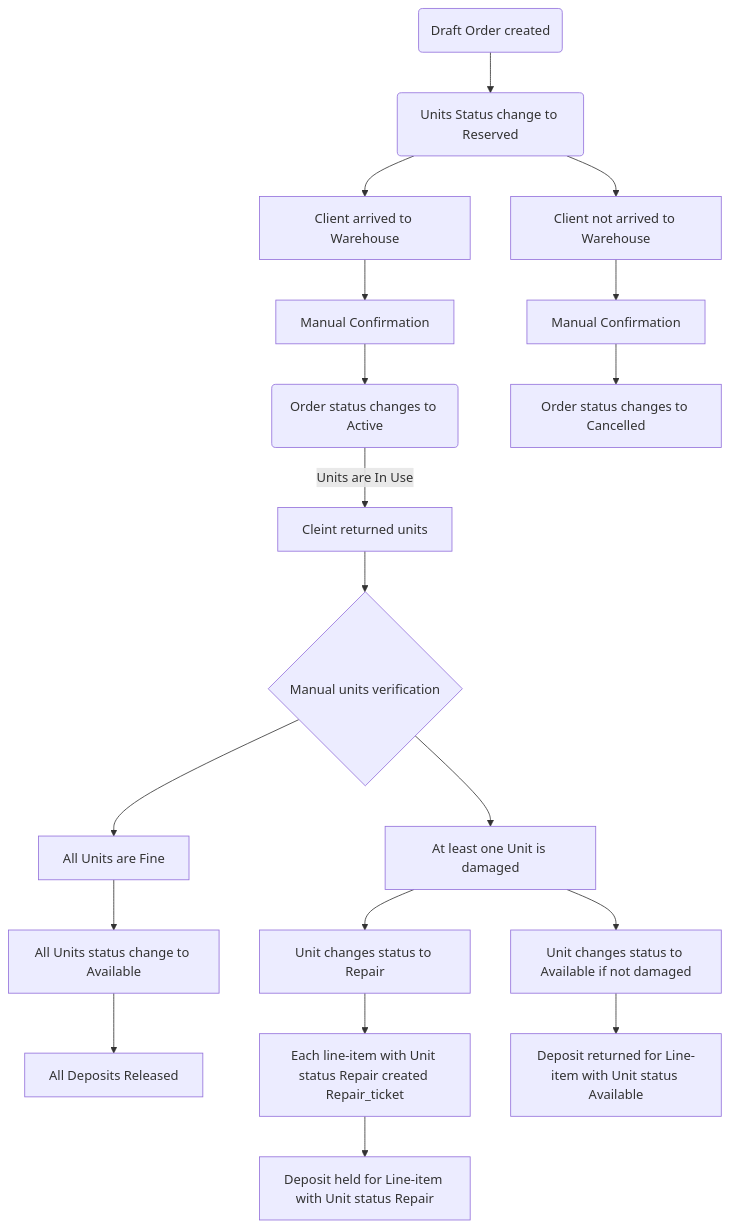
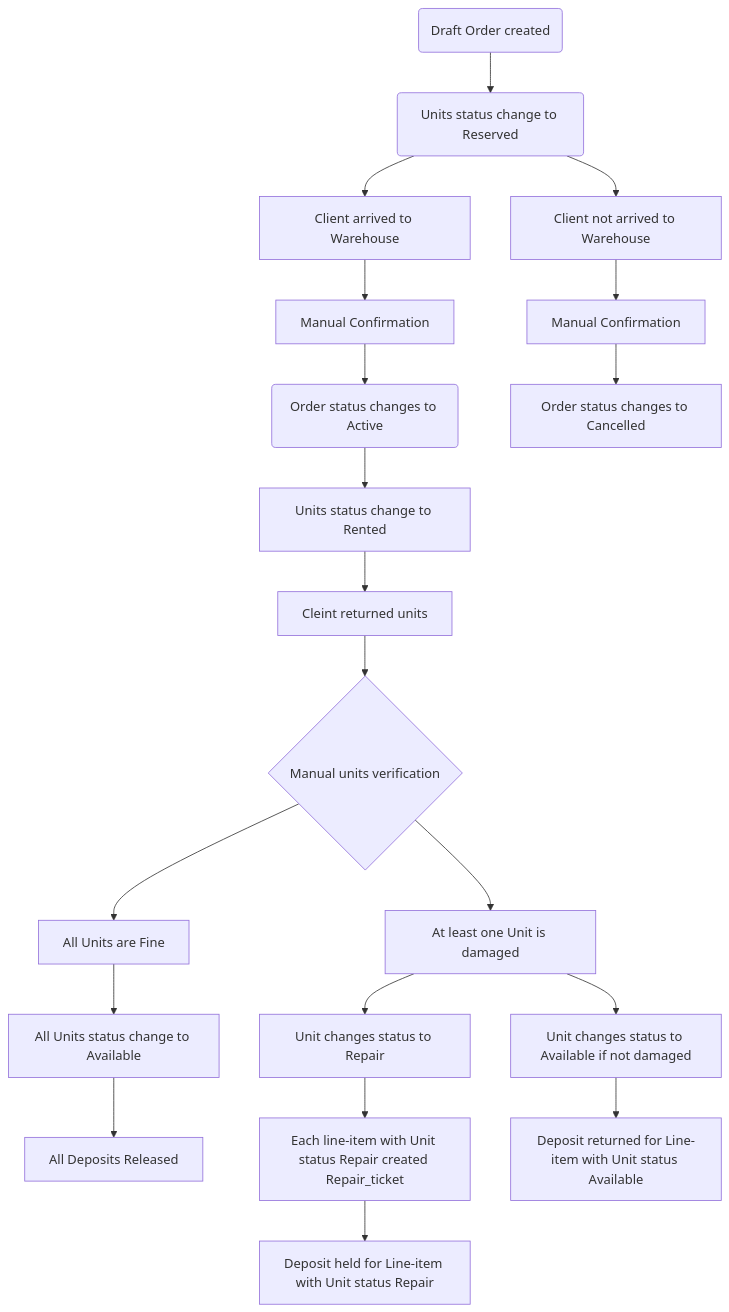
One commit to Diamko94/rentals1 changed the diagram in Flowchart.md. Above: the diagram before and after it, drawn with Mermaid.

````diff
--- a/Flowchart.md
+++ b/Flowchart.md
@@ -1,29 +1,30 @@
 ```mermaid
 flowchart TD
 
     %% Бронироваие
-    A(Draft Order created) --> B(Units Status change to Reserved)
+    A(Draft Order created) --> B(Units status change to Reserved)
 
     %% Выдача
     B --> G[Client arrived to Warehouse]
     G --> I[Manual Confirmation]
     B --> D[Client not arrived to Warehouse]
     D --> E[Manual Confirmation]
     E --> F[Order status changes to Cancelled]
     I --> J(Order status changes to Active)
 
     %% Возврат
-    J -->|Units are In Use| K[Cleint returned units]
+    J --> X[Units status change to Rented]
+    X --> K[Cleint returned units]
     K --> L{Manual units verification}
     L --> M[All Units are Fine] 
     M --> N[All Units status change to Available]
     L --> O[At least one Unit is damaged]
     O --> P[Unit changes status to Repair]
     P --> R[Each line-item with Unit status Repair created Repair_ticket]
     O --> T[Unit changes status to Available if not damaged]
 
     %% Расчет
     N --> Q[All Deposits Released]
     R --> S[Deposit held for Line-item with Unit status Repair]
     T --> U[Deposit returned for Line-item with Unit status Available]
 ```
````
